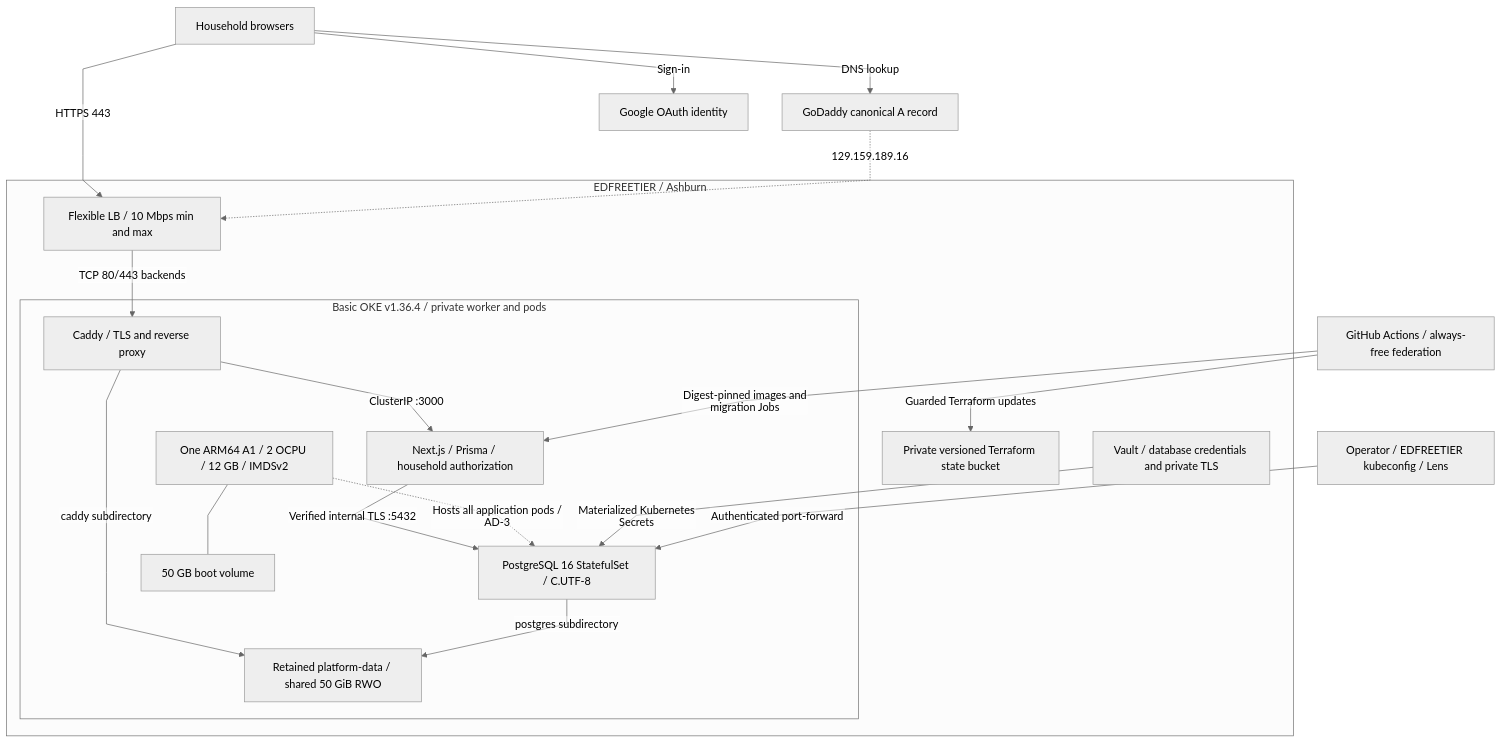
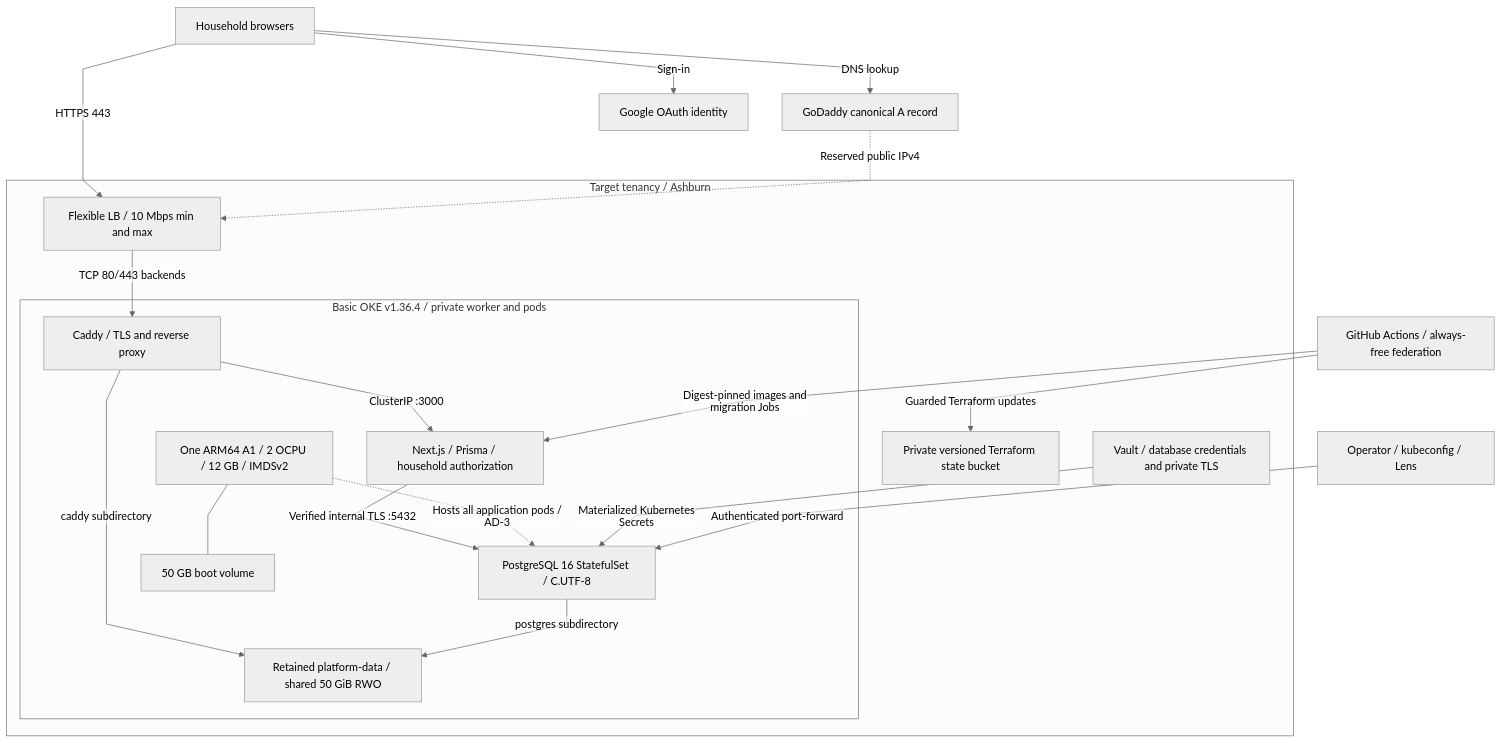
Before and after one commit to eshneken/family-grocery-list: the diagram in diagrams/oci-logical-architecture.mmd, drawn with Mermaid. The commit also changed 44 other files, not shown here.

First line of the commit message:
Redact deployed OCI and personal details from public source (#29)

```diff
--- a/diagrams/oci-logical-architecture.mmd
+++ b/diagrams/oci-logical-architecture.mmd
@@ -1,25 +1,25 @@
 %%{init: {"theme": "neutral", "flowchart": {"htmlLabels": false, "curve": "linear"}}}%%
 flowchart TD
   Browser[Household browsers] -->|DNS lookup| DNS[GoDaddy canonical A record]
   Browser -->|HTTPS 443| LB[Flexible LB / 10 Mbps min and max]
-  DNS -.->|129.159.189.16| LB
-  subgraph OCI[EDFREETIER / Ashburn]
+  DNS -.->|Reserved public IPv4| LB
+  subgraph OCI[Target tenancy / Ashburn]
     LB -->|TCP 80/443 backends| Caddy
     subgraph OKE[Basic OKE v1.36.4 / private worker and pods]
       Worker[One ARM64 A1 / 2 OCPU / 12 GB / IMDSv2]
       Caddy[Caddy / TLS and reverse proxy]
       Caddy -->|ClusterIP :3000| App[Next.js / Prisma / household authorization]
       App -->|Verified internal TLS :5432| PG[PostgreSQL 16 StatefulSet / C.UTF-8]
       Caddy -->|caddy subdirectory| PVC[Retained platform-data / shared 50 GiB RWO]
       PG -->|postgres subdirectory| PVC
       Worker -.->|Hosts all application pods / AD-3| PG
       Worker --- Boot[50 GB boot volume]
     end
     Vault[Vault / database credentials and private TLS]
     Vault -->|Materialized Kubernetes Secrets| PG
     State[Private versioned Terraform state bucket]
   end
   GHA[GitHub Actions / always-free federation] -->|Digest-pinned images and migration Jobs| App
   GHA -->|Guarded Terraform updates| State
-  Operator[Operator / EDFREETIER kubeconfig / Lens] -->|Authenticated port-forward| PG
+  Operator[Operator / kubeconfig / Lens] -->|Authenticated port-forward| PG
   Browser -->|Sign-in| Google[Google OAuth identity]
```
